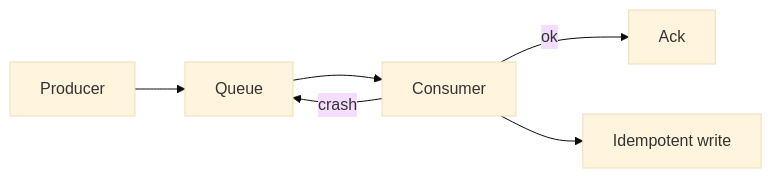
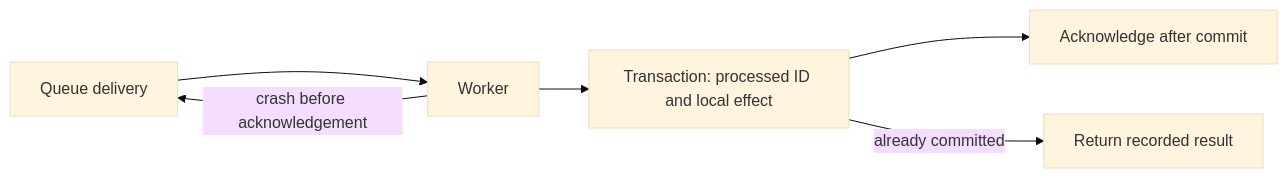
Before and after one commit to jdodsoncollins/study-material: the diagram in lessons/system-design/foundations/queues-delivery/viz/once.md, drawn with Mermaid (base theme). The commit also changed 175 other files, not shown here.

````diff
--- a/lessons/system-design/foundations/queues-delivery/viz/once.md
+++ b/lessons/system-design/foundations/queues-delivery/viz/once.md
@@ -3,8 +3,8 @@
 ```mermaid
 flowchart LR
-  prod[Producer] --> q[Queue]
-  q --> work[Consumer]
-  work -->|ok| ack[Ack]
-  work -->|crash| q
-  work --> idemp[Idempotent write]
+  q[Queue delivery] --> work[Worker]
+  work --> tx[Transaction: processed ID and local effect]
+  tx --> ack[Acknowledge after commit]
+  work -->|crash before acknowledgement| q
+  tx -->|already committed| result[Return recorded result]
 ```
````
